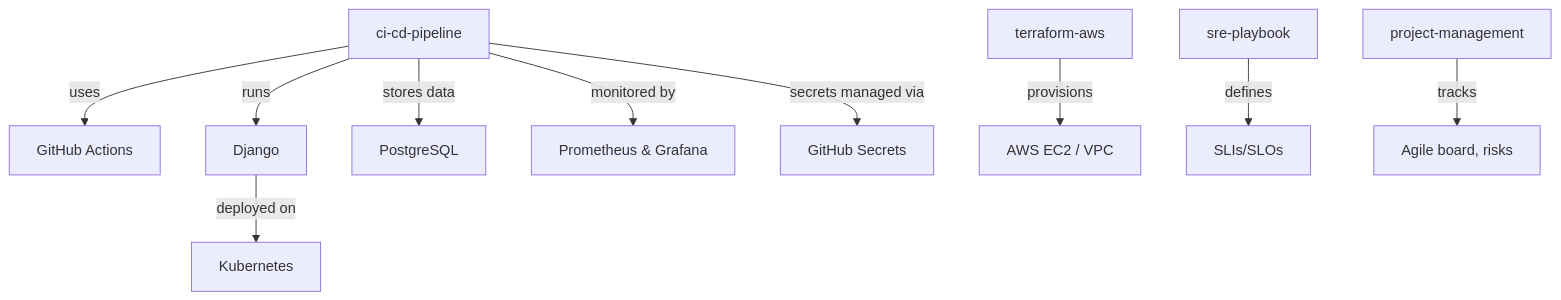
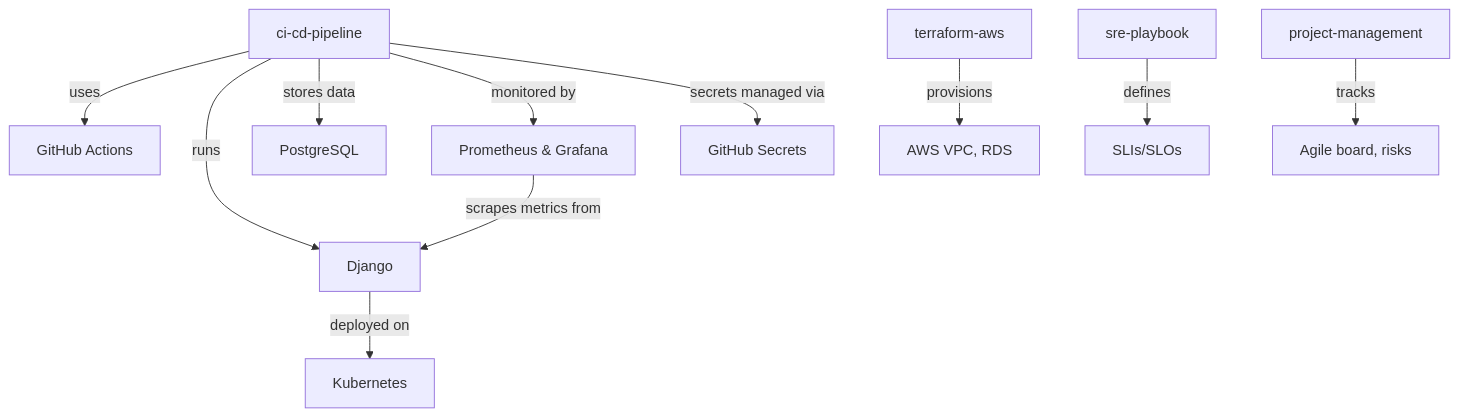
The diagram in ARCHITECTURE.md (vijosak/devops-portfolio), drawn with Mermaid before and after one commit. The commit also changed other lines of this file and 2 other files, not shown here.

Commit message:
Document current progress: monitoring CI, Prometheus scrape, updated architecture

````diff
--- a/ARCHITECTURE.md
+++ b/ARCHITECTURE.md
@@ -9,12 +9,13 @@
 ```mermaid
 graph TD
     A[ci-cd-pipeline] -->|uses| B[GitHub Actions]
     A -->|runs| C[Django]
     A -->|stores data| D[PostgreSQL]
     C -->|deployed on| E[Kubernetes]
     A -->|monitored by| F[Prometheus & Grafana]
     A -->|secrets managed via| G[GitHub Secrets]
-    H[terraform-aws] -->|provisions| I[AWS EC2 / VPC]
+    H[terraform-aws] -->|provisions| I[AWS VPC, RDS]
     J[sre-playbook] -->|defines| K[SLIs/SLOs]
     L[project-management] -->|tracks| M[Agile board, risks]
+    F -->|scrapes metrics from| C
 ```
````
